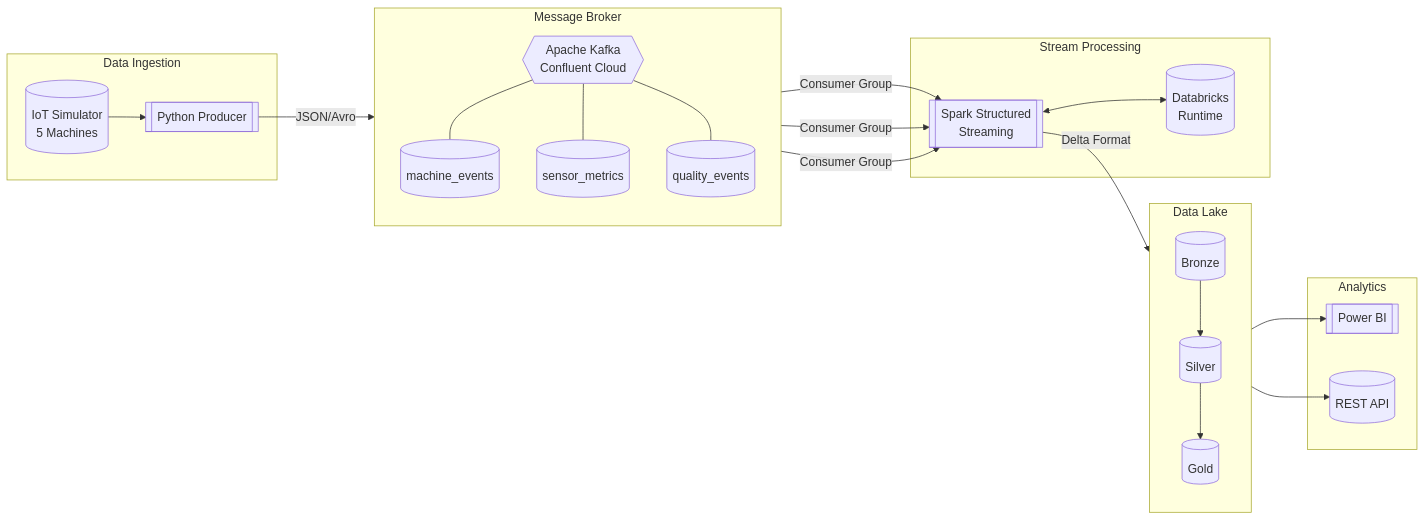
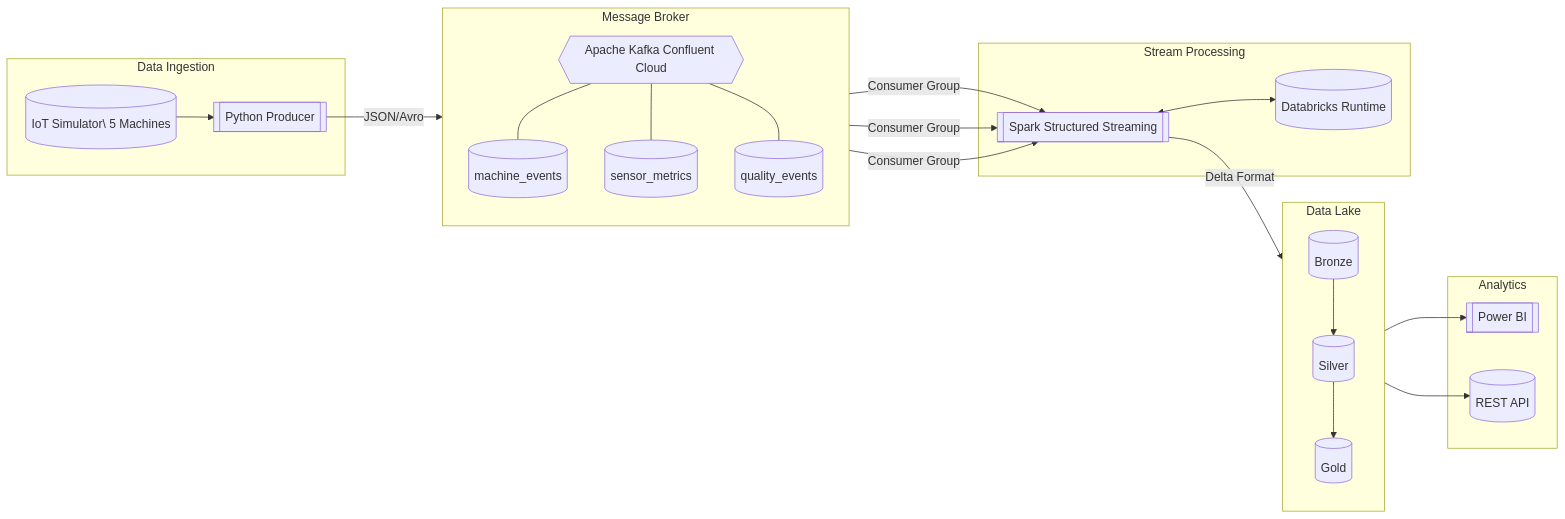
Before and after one commit to FelipePiva03/IoT_OEE_streming_data: the first of 2 diagrams in README.md, drawn with Mermaid.

Commit message:
Fix formatting in README.md for clarity

````diff
--- a/README.md
+++ b/README.md
@@ -7,44 +7,44 @@
 ```mermaid
 flowchart LR
     subgraph INGESTION["Data Ingestion"]
         PY[["Python Producer"]]
-        SIM[("IoT Simulator\n5 Machines")]
+        SIM[("IoT Simulator\ 5 Machines")]
     end
 
     subgraph STREAMING["Message Broker"]
         direction TB
-        K{{"Apache Kafka\nConfluent Cloud"}}
+        K{{"Apache Kafka Confluent Cloud"}}
         T1[(machine_events)]
         T2[(sensor_metrics)]
         T3[(quality_events)]
         K --- T1
         K --- T2
         K --- T3
     end
 
     subgraph PROCESSING["Stream Processing"]
-        SPK[["Spark Structured\nStreaming"]]
-        DBR[("Databricks\nRuntime")]
+        SPK[["Spark Structured Streaming"]]
+        DBR[("Databricks  Runtime")]
     end
 
     subgraph STORAGE["Data Lake"]
         direction TB
         B[(Bronze)]
         S[(Silver)]
         G[(Gold)]
         B --> S --> G
     end
 
     subgraph SERVING["Analytics"]
         PBI[["Power BI"]]
         API[("REST API")]
     end
 
     SIM --> PY
     PY -->|JSON/Avro| K
     T1 & T2 & T3 -->|Consumer Group| SPK
     SPK <--> DBR
     SPK -->|Delta Format| B
     G --> PBI
     G --> API
 ```
````
